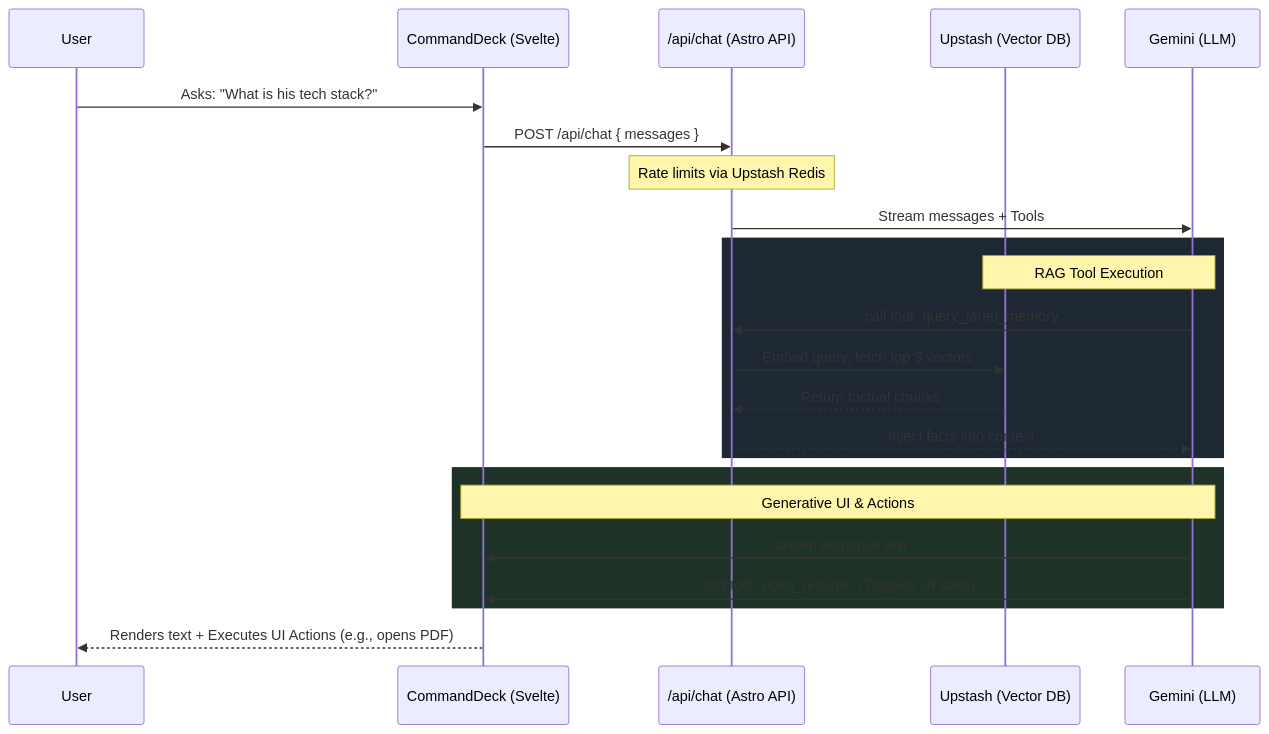
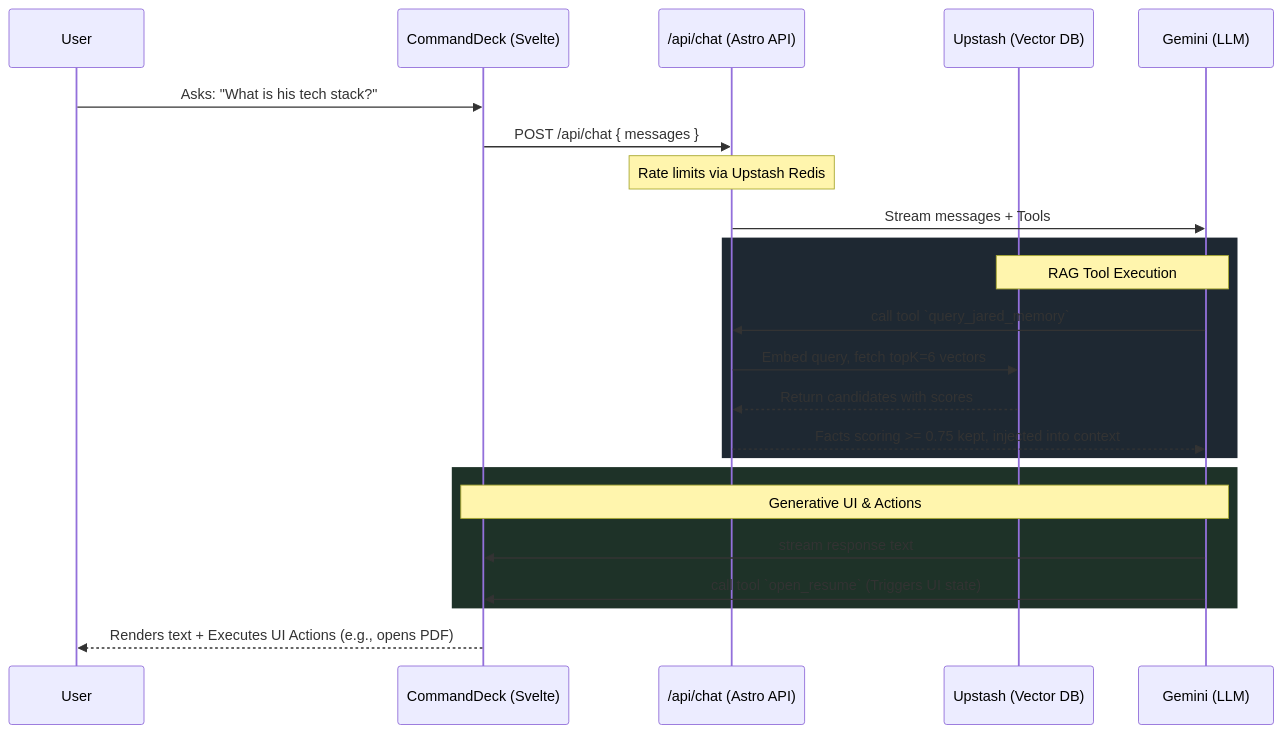
One commit to SuperaNova/sheohn changed the diagram in docs/ARCHITECTURE.md. Above: the diagram before and after it, drawn with Mermaid. The commit also changed other lines of this file and 4 other files, not shown here.

````diff
--- a/docs/ARCHITECTURE.md
+++ b/docs/ARCHITECTURE.md
@@ -43,31 +48,31 @@
 ```mermaid
 sequenceDiagram
     participant User as User
     participant Deck as CommandDeck (Svelte)
     participant API as /api/chat (Astro API)
     participant DB as Upstash (Vector DB)
     participant LLM as Gemini (LLM)
 
     User->>Deck: Asks: "What is his tech stack?"
     Deck->>API: POST /api/chat { messages }
 
     Note over API: Rate limits via Upstash Redis
 
     API->>LLM: Stream messages + Tools
 
     rect rgb(30, 40, 50)
         Note over LLM, DB: RAG Tool Execution
         LLM->>API: call tool `query_jared_memory`
-        API->>DB: Embed query, fetch top 3 vectors
-        DB-->>API: Return factual chunks
-        API-->>LLM: Inject facts into context
+        API->>DB: Embed query, fetch topK=6 vectors
+        DB-->>API: Return candidates with scores
+        API-->>LLM: Facts scoring >= 0.75 kept, injected into context
     end
 
     rect rgb(30, 50, 40)
         Note over LLM, Deck: Generative UI & Actions
         LLM->>Deck: stream response text
         LLM->>Deck: call tool `open_resume` (Triggers UI state)
     end
 
     Deck-->>User: Renders text + Executes UI Actions (e.g., opens PDF)
 ```
````
